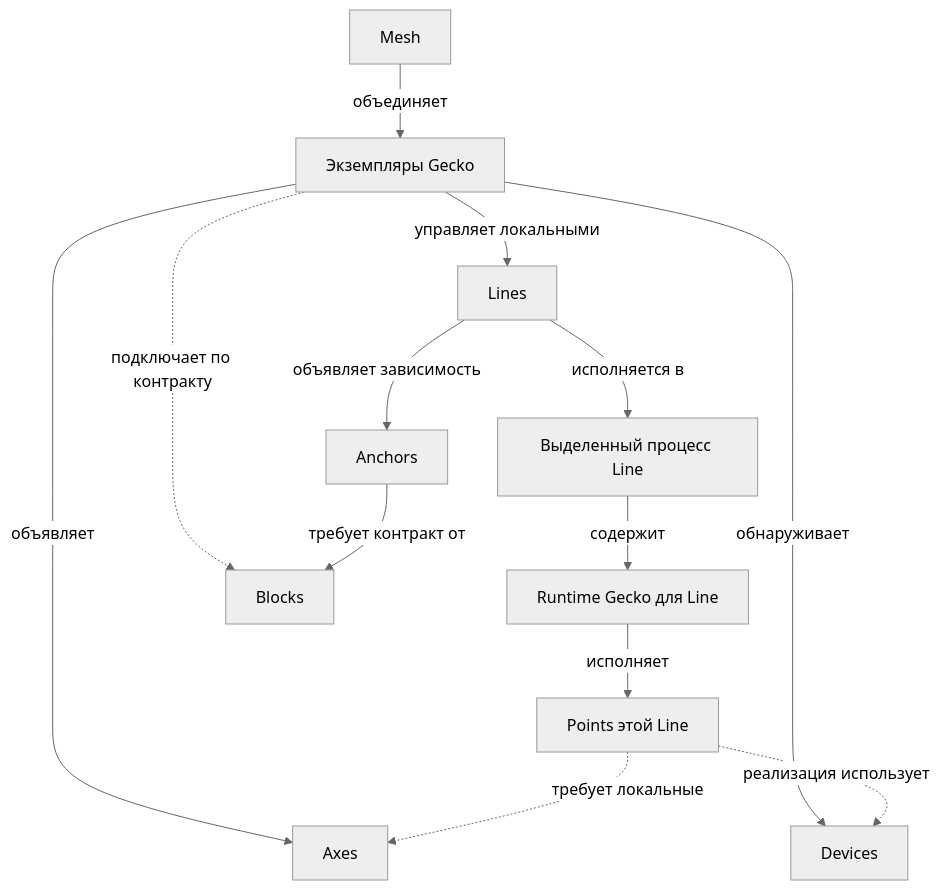
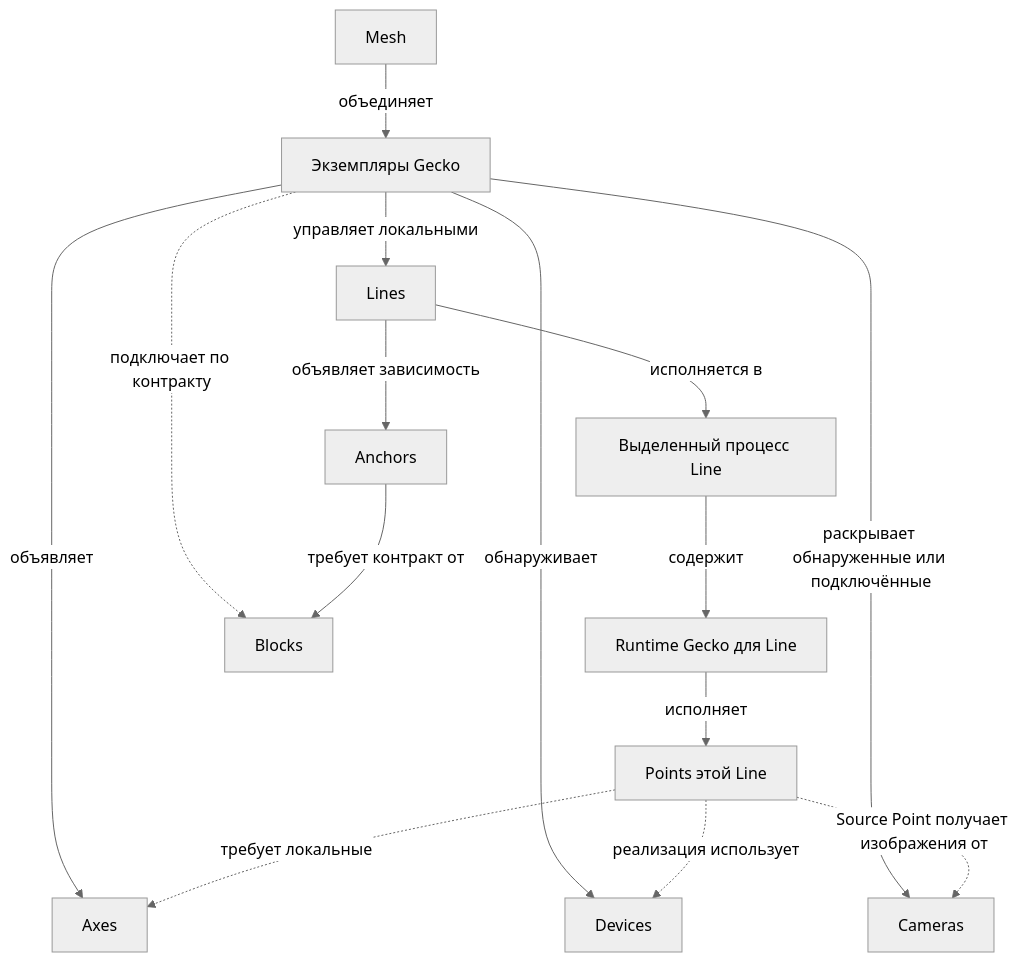
One commit to jfultr/gecko-core changed the second of 2 diagrams in docs/concepts.ru.md. Above: the diagram before and after it, drawn with Mermaid (neutral theme). The commit also changed other lines of this file and 1 other file, not shown here.

Commit message:
docs: define Camera sources and execution relationships

````diff
--- a/docs/concepts.ru.md
+++ b/docs/concepts.ru.md
@@ -86,15 +90,17 @@
 ```mermaid
 flowchart TB
     Mesh[Mesh] -->|объединяет| Gecko[Экземпляры Gecko]
     Gecko -->|объявляет| Axis[Axes]
     Gecko -->|обнаруживает| Device[Devices]
+    Gecko -->|раскрывает обнаруженные или подключённые| Camera[Cameras]
     Gecko -->|управляет локальными| Line[Lines]
     Line -->|исполняется в| Process[Выделенный процесс Line]
     Process -->|содержит| Runtime[Runtime Gecko для Line]
     Runtime -->|исполняет| Point[Points этой Line]
+    Point -.->|Source Point получает изображения от| Camera
     Gecko -.->|подключает по контракту| Block[Blocks]
     Line -->|объявляет зависимость| Anchor[Anchors]
     Anchor -->|требует контракт от| Block
     Point -.->|требует локальные| Axis
     Point -.->|реализация использует| Device
 ```
````
